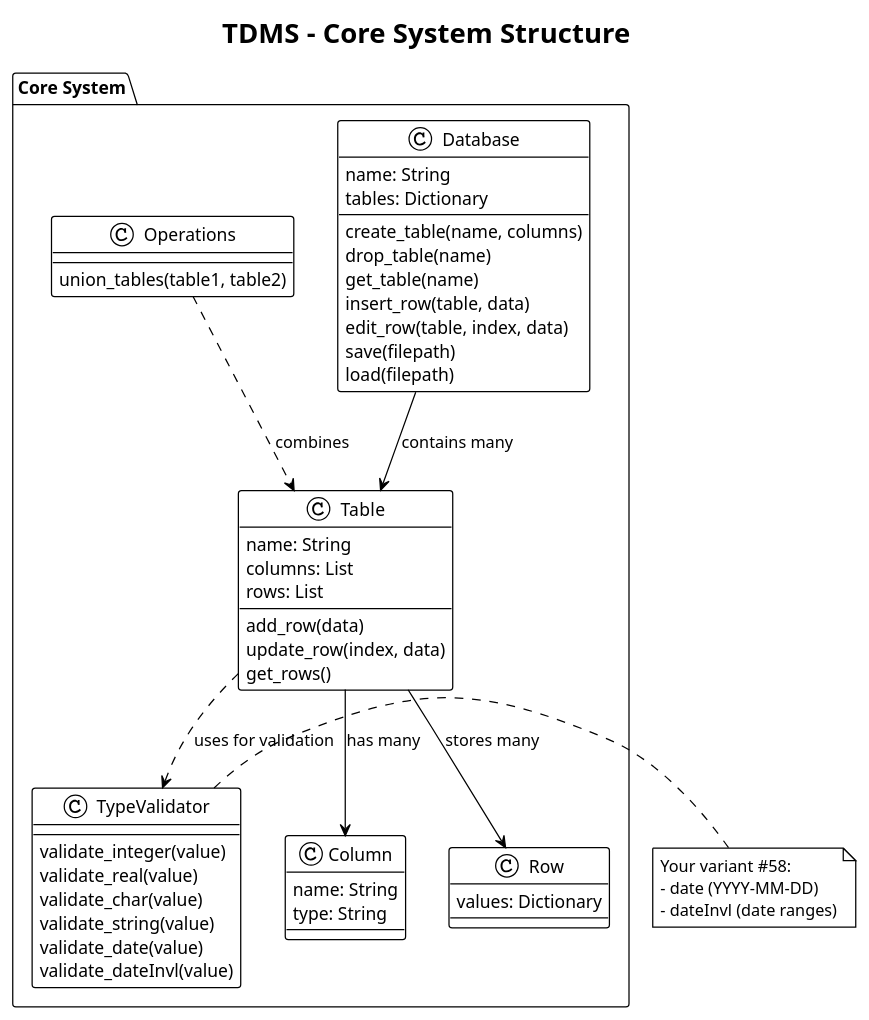
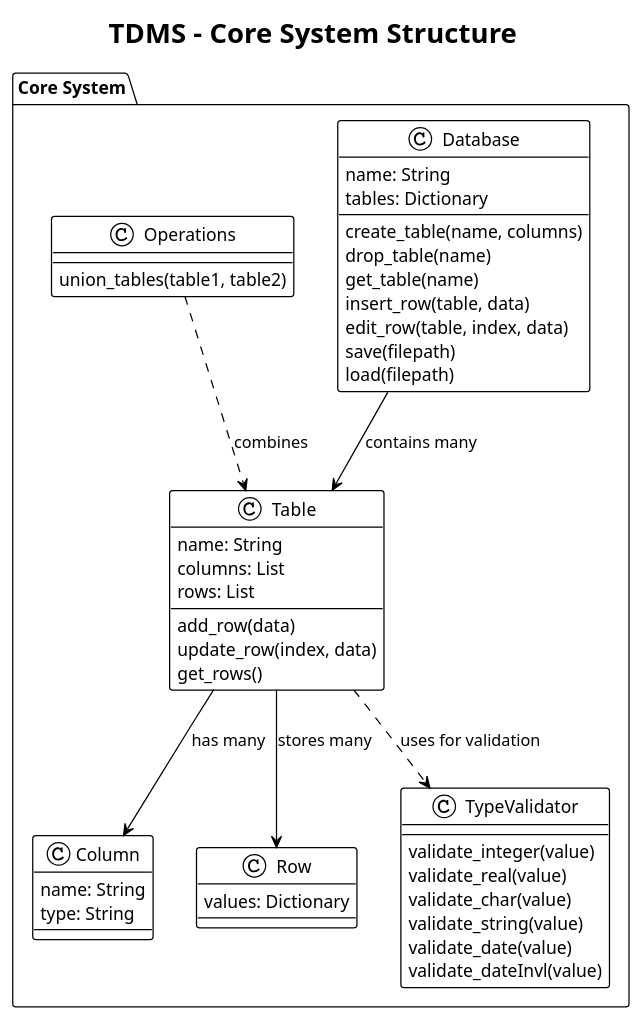
The diagram in UML/02_class_core.puml (PavelShpagin/TDMS), drawn with PlantUML before and after one commit. The commit also changed 44 other files, not shown here.

```diff
--- a/UML/02_class_core.puml
+++ b/UML/02_class_core.puml
@@ -1,66 +1,62 @@
 @startuml class_core
 !theme plain
 title TDMS - Core System Structure
 
 package "Core System" {
   class Database {
     name: String
     tables: Dictionary
     --
     create_table(name, columns)
     drop_table(name)
     get_table(name)
     insert_row(table, data)
     edit_row(table, index, data)
     save(filepath)
     load(filepath)
   }
 
   class Table {
     name: String
     columns: List
     rows: List
     --
     add_row(data)
     update_row(index, data)
     get_rows()
   }
 
   class Column {
     name: String
     type: String
   }
 
   class Row {
     values: Dictionary
   }
 
   class TypeValidator {
     --
     validate_integer(value)
     validate_real(value)
     validate_char(value)
     validate_string(value)
     validate_date(value)
     validate_dateInvl(value)
   }
 
   class Operations {
     --
     union_tables(table1, table2)
   }
 }
 
 Database --> Table : contains many
 Table --> Column : has many
 Table --> Row : stores many
 Table ..> TypeValidator : uses for validation
 Operations ..> Table : combines
 
-note right of TypeValidator
-  Your variant #58:
-  - date (YYYY-MM-DD)
-  - dateInvl (date ranges)
-end note
+
 
 @enduml
```
